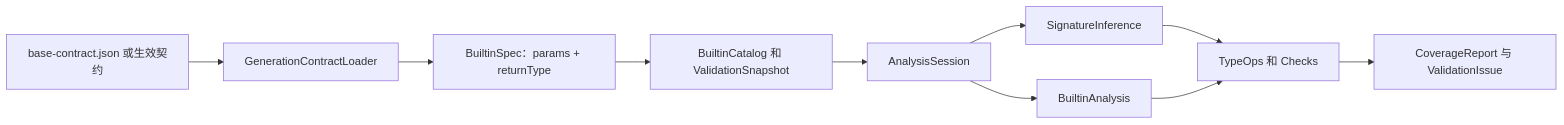
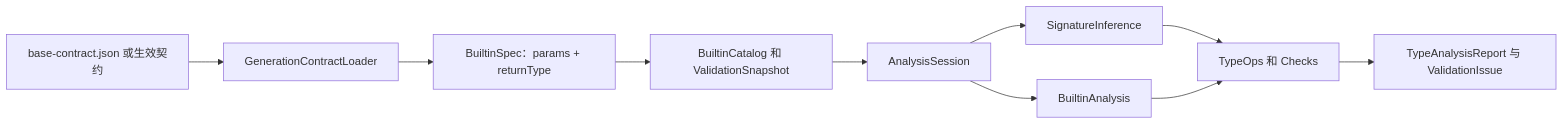
One commit to HoikanChan/openui changed the second of 2 diagrams in packages/genui-java-sdk/docs/validation-architecture.md. Above: the diagram before and after it, drawn with Mermaid. The commit also changed other lines of this file and 5 other files, not shown here.

Commit message:
Rename type analysis report

````diff
--- a/packages/genui-java-sdk/docs/validation-architecture.md
+++ b/packages/genui-java-sdk/docs/validation-architecture.md
@@ -72,12 +72,12 @@
 ```mermaid
 flowchart LR
     JSON[base-contract.json 或生效契约] --> Loader[GenerationContractLoader]
     Loader --> Spec[BuiltinSpec：params + returnType]
     Spec --> Catalog[BuiltinCatalog 和 ValidationSnapshot]
     Catalog --> Analysis[AnalysisSession]
     Analysis --> Signature[SignatureInference]
     Analysis --> Builtin[BuiltinAnalysis]
     Signature --> Ops[TypeOps 和 Checks]
     Builtin --> Ops
-    Ops --> Coverage[CoverageReport 与 ValidationIssue]
+    Ops --> Coverage[TypeAnalysisReport 与 ValidationIssue]
 ```
````
